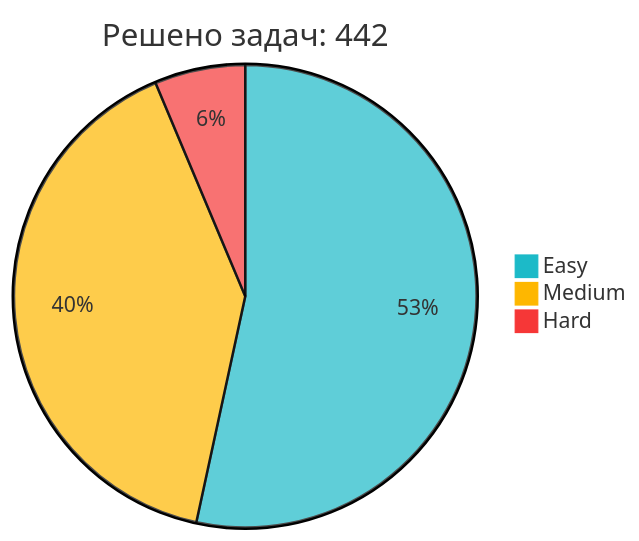
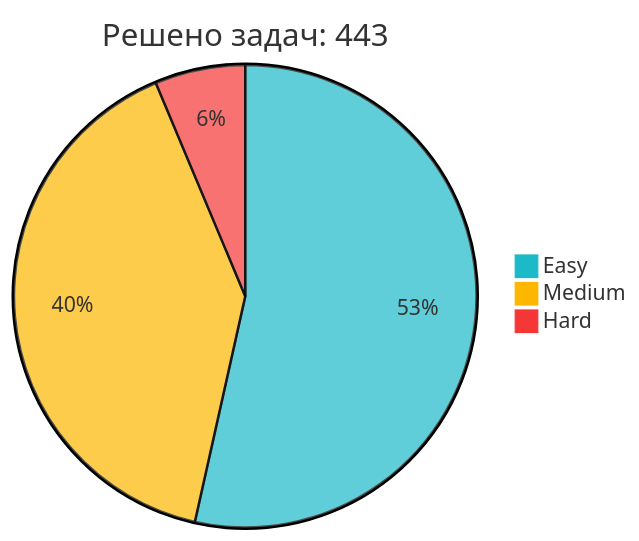
Before and after one commit to IliaKurdukov/IliaKurdukov: the diagram in README.md, drawn with Mermaid. The commit also changed other lines of this file, not shown here.

Commit message:
📈 Обновление статистики LeetCode

````diff
--- a/README.md
+++ b/README.md
@@ -51,7 +51,7 @@
 ```mermaid
 %%{init: {'theme': 'base', 'themeVariables': { 'pie1': '#1CBAC8', 'pie2': '#FEB700', 'pie3': '#F63737' }, 'config': {'width': 300, 'height': 200}}}%%
-pie title Решено задач: 442
-   "Easy" : 236
+pie title Решено задач: 443
+   "Easy" : 237
    "Medium" : 178
    "Hard" : 28
 ```
````
